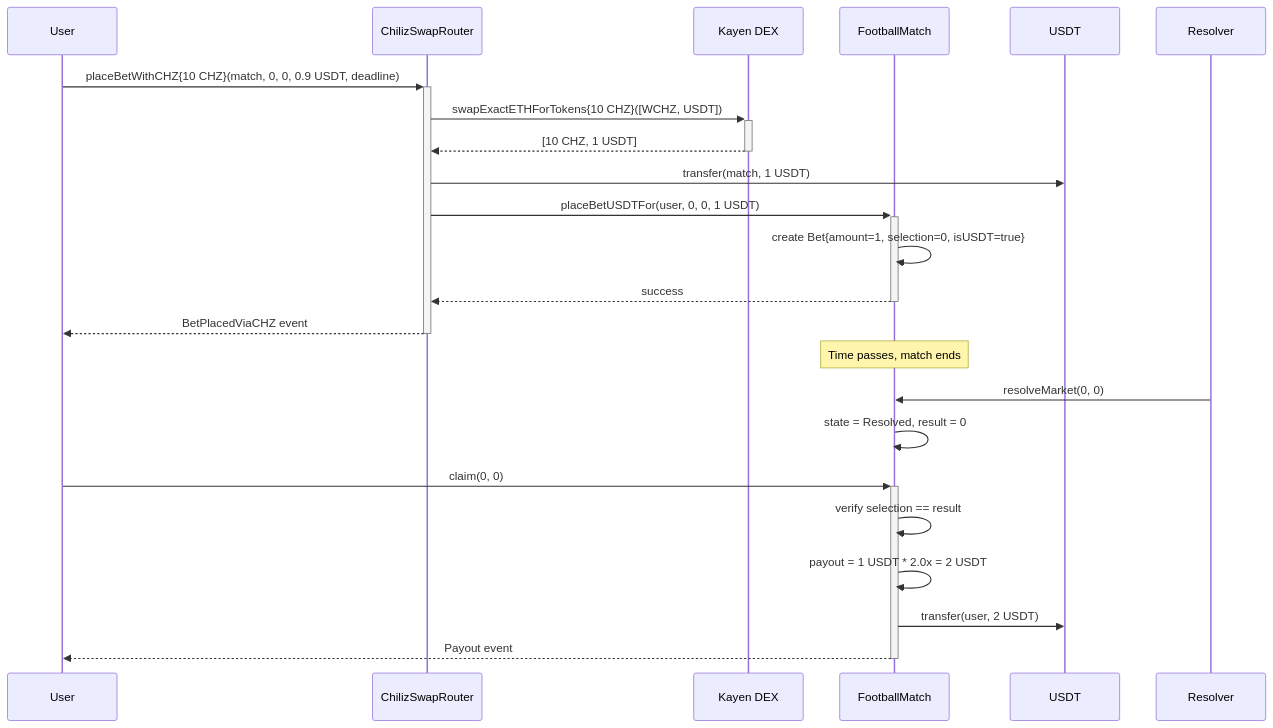
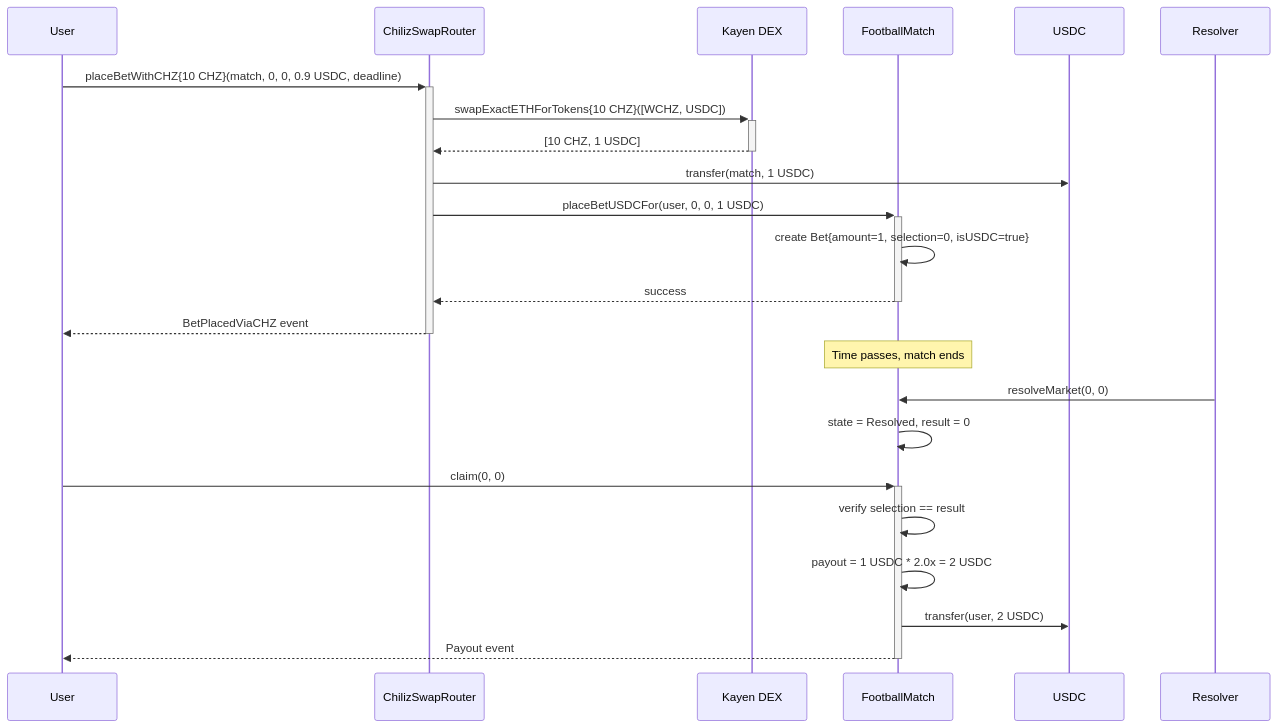
The second of 3 diagrams in chiliz-tv/AUDIT_REPORT.md (ChilizTV/smart-contracts), drawn with Mermaid before and after one commit. The commit also changed other lines of this file and 1 other file, not shown here.

Commit message:
📝 Architecture and audit

````diff
--- a/chiliz-tv/AUDIT_REPORT.md
+++ b/chiliz-tv/AUDIT_REPORT.md
@@ -177,28 +177,28 @@
 ```mermaid
 sequenceDiagram
     participant User
     participant SwapRouter as ChilizSwapRouter
     participant Kayen as Kayen DEX
     participant Match as FootballMatch
-    participant USDT
+    participant USDC
     
-    User->>+SwapRouter: placeBetWithCHZ{10 CHZ}(match, 0, 0, 0.9 USDT, deadline)
-    SwapRouter->>+Kayen: swapExactETHForTokens{10 CHZ}([WCHZ, USDT])
-    Kayen-->>-SwapRouter: [10 CHZ, 1 USDT]
-    SwapRouter->>USDT: transfer(match, 1 USDT)
-    SwapRouter->>+Match: placeBetUSDTFor(user, 0, 0, 1 USDT)
-    Match->>Match: create Bet{amount=1, selection=0, isUSDT=true}
+    User->>+SwapRouter: placeBetWithCHZ{10 CHZ}(match, 0, 0, 0.9 USDC, deadline)
+    SwapRouter->>+Kayen: swapExactETHForTokens{10 CHZ}([WCHZ, USDC])
+    Kayen-->>-SwapRouter: [10 CHZ, 1 USDC]
+    SwapRouter->>USDC: transfer(match, 1 USDC)
+    SwapRouter->>+Match: placeBetUSDCFor(user, 0, 0, 1 USDC)
+    Match->>Match: create Bet{amount=1, selection=0, isUSDC=true}
     Match-->>-SwapRouter: success
     SwapRouter-->>-User: BetPlacedViaCHZ event
     
     Note over Match: Time passes, match ends
     
     Resolver->>Match: resolveMarket(0, 0)
     Match->>Match: state = Resolved, result = 0
     
     User->>+Match: claim(0, 0)
     Match->>Match: verify selection == result
-    Match->>Match: payout = 1 USDT * 2.0x = 2 USDT
-    Match->>USDT: transfer(user, 2 USDT)
+    Match->>Match: payout = 1 USDC * 2.0x = 2 USDC
+    Match->>USDC: transfer(user, 2 USDC)
     Match-->>-User: Payout event
 ```
````
